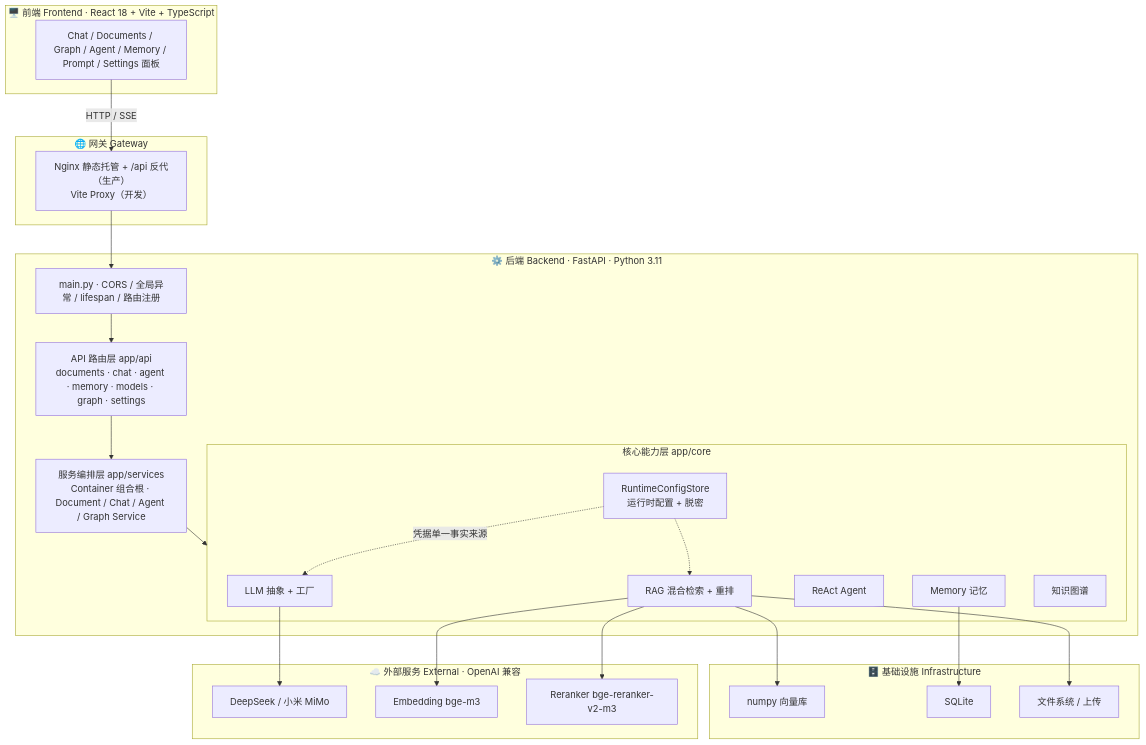
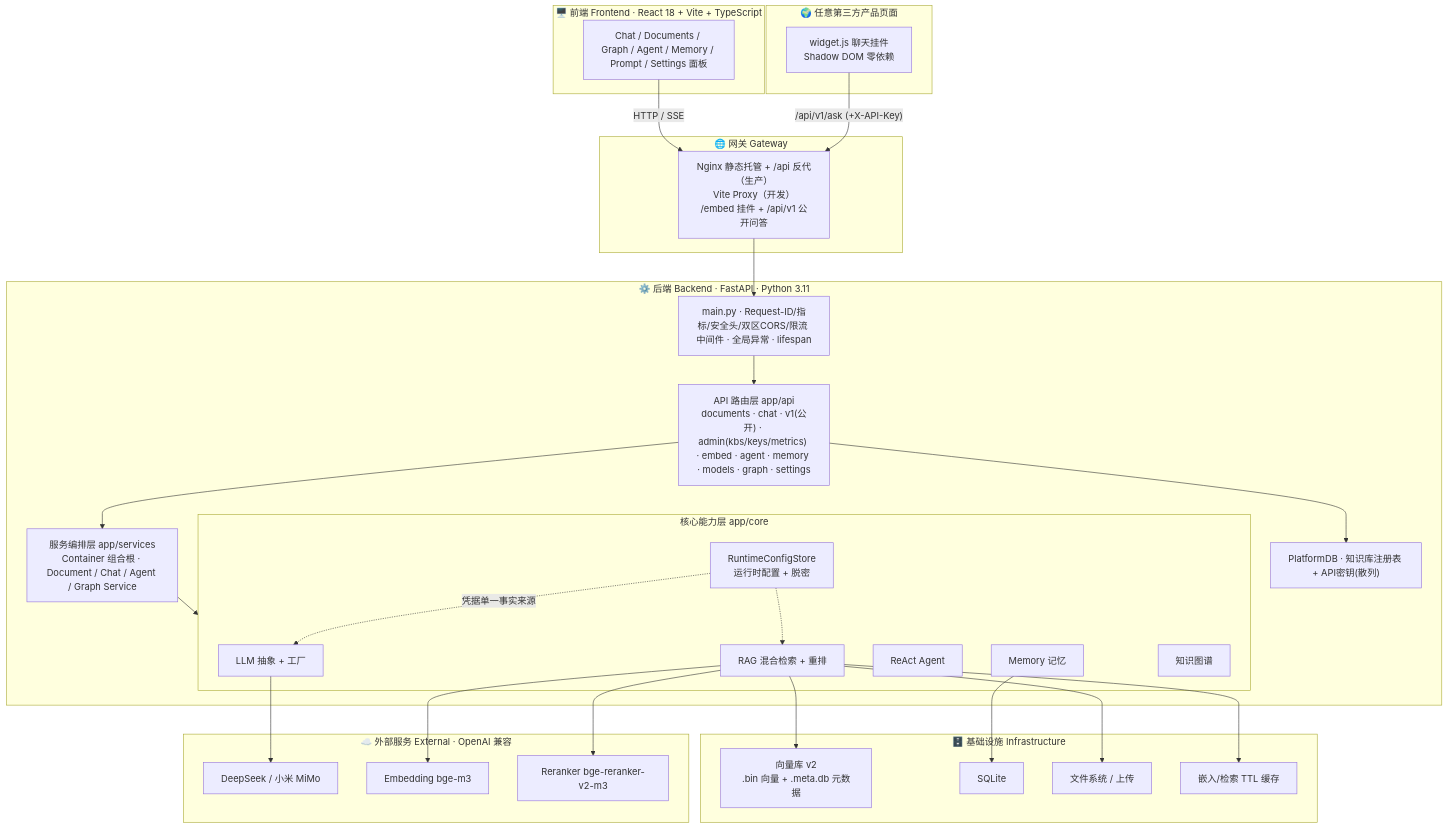
Before and after one commit to Chun556699/RAG-KnowledgeBase: the diagram in README.md, drawn with Mermaid. The commit also changed other lines of this file and 40 other files, not shown here.

````diff
--- a/README.md
+++ b/README.md
@@ -30,49 +30,57 @@
 ```mermaid
 flowchart TB
     subgraph Client["🖥️ 前端 Frontend · React 18 + Vite + TypeScript"]
         UI["Chat / Documents / Graph / Agent / Memory / Prompt / Settings 面板"]
     end
 
     subgraph Gateway["🌐 网关 Gateway"]
-        NG["Nginx 静态托管 + /api 反代（生产）<br/>Vite Proxy（开发）"]
+        NG["Nginx 静态托管 + /api 反代（生产）<br/>Vite Proxy（开发）<br/>/embed 挂件 + /api/v1 公开问答"]
     end
 
+    subgraph ThirdParty["🌍 任意第三方产品页面"]
+        WIDGET["widget.js 聊天挂件<br/>Shadow DOM 零依赖"]
+    end
+    WIDGET -->|"/api/v1/ask (+X-API-Key)"| NG
+
     subgraph Backend["⚙️ 后端 Backend · FastAPI · Python 3.11"]
-        APP["main.py · CORS / 全局异常 / lifespan / 路由注册"]
-        API["API 路由层 app/api<br/>documents · chat · agent · memory · models · graph · settings"]
+        APP["main.py · Request-ID/指标/安全头/双区CORS/限流 中间件 · 全局异常 · lifespan"]
+        API["API 路由层 app/api<br/>documents · chat · v1(公开) · admin(kbs/keys/metrics) · embed · agent · memory · models · graph · settings"]
         SVC["服务编排层 app/services<br/>Container 组合根 · Document / Chat / Agent / Graph Service"]
+        PLAT["PlatformDB · 知识库注册表 + API密钥(散列)"]
         subgraph CORE["核心能力层 app/core"]
             LLM["LLM 抽象 + 工厂"]
             RAG["RAG 混合检索 + 重排"]
             AGENT["ReAct Agent"]
             MEM["Memory 记忆"]
             GRAPH["知识图谱"]
             CFG["RuntimeConfigStore<br/>运行时配置 + 脱密"]
         end
         APP --> API --> SVC --> CORE
     end
 
     subgraph Infra["🗄️ 基础设施 Infrastructure"]
-        VS["numpy 向量库"]
+        VS["向量库 v2<br/>.bin 向量 + .meta.db 元数据"]
         DB["SQLite"]
         FS["文件系统 / 上传"]
+        CACHE["嵌入/检索 TTL 缓存"]
     end
 
     subgraph External["☁️ 外部服务 External · OpenAI 兼容"]
         EXLLM["DeepSeek / 小米 MiMo"]
         EMB["Embedding bge-m3"]
         RR["Reranker bge-reranker-v2-m3"]
     end
 
     UI -->|"HTTP / SSE"| NG
     NG --> APP
-
+    API --> PLAT
+    RAG --> CACHE
     RAG --> VS
     RAG --> EMB
     RAG --> RR
     RAG --> FS
     MEM --> DB
     LLM --> EXLLM
     CFG -.->|"凭据单一事实来源"| LLM
     CFG -.-> RAG
 ```
````
